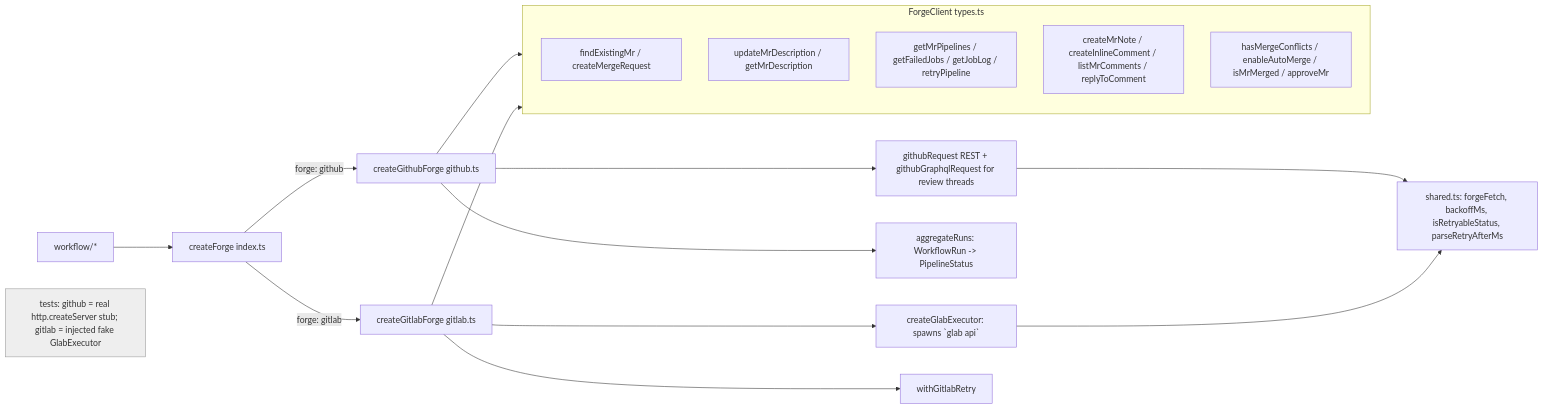
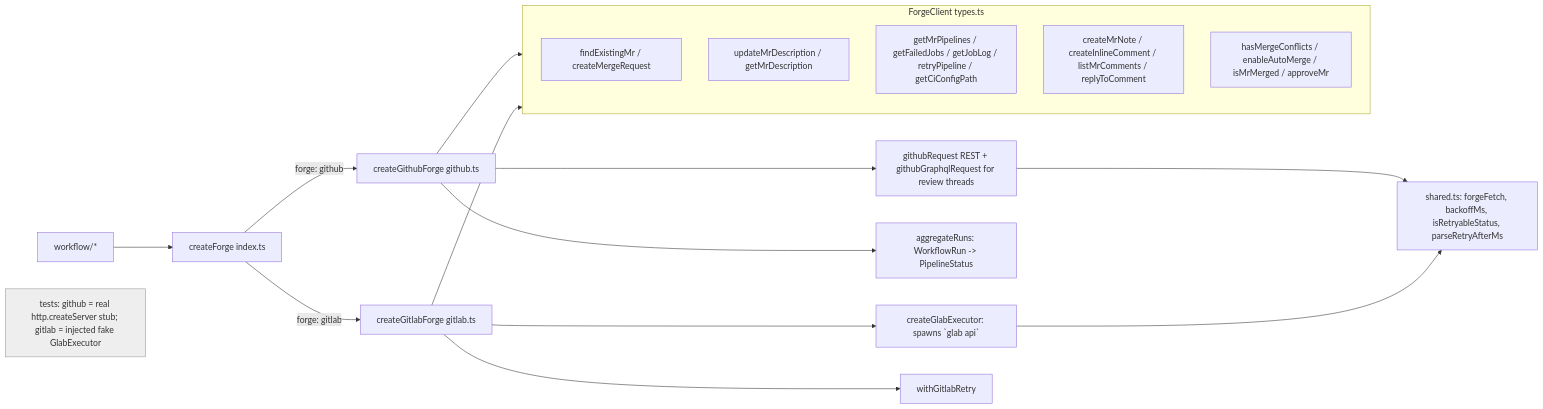
Before and after one commit to MohanTn/pipeline_worker: the diagram in .ai-memory/diagrams/forge/integration.mmd, drawn with Mermaid. The commit also changed 1 other file, not shown here.

```diff
--- a/.ai-memory/diagrams/forge/integration.mmd
+++ b/.ai-memory/diagrams/forge/integration.mmd
@@ -1,26 +1,26 @@
 %% src/forge/ — one ForgeClient interface, two backends. See src/forge/CLAUDE.md.
 flowchart LR
   caller[workflow/*] --> idx[createForge  index.ts]
   idx -->|forge: github| gh[createGithubForge  github.ts]
   idx -->|forge: gitlab| gl[createGitlabForge  gitlab.ts]
 
   subgraph iface [ForgeClient  types.ts]
     m1[findExistingMr / createMergeRequest]
     m2[updateMrDescription / getMrDescription]
-    m3[getMrPipelines / getFailedJobs / getJobLog / retryPipeline]
+    m3[getMrPipelines / getFailedJobs / getJobLog / retryPipeline / getCiConfigPath]
     m4[createMrNote / createInlineComment / listMrComments / replyToComment]
     m5[hasMergeConflicts / enableAutoMerge / isMrMerged / approveMr]
   end
 
   gh --> iface
   gl --> iface
 
   gh --> rest[githubRequest REST + githubGraphqlRequest for review threads]
   gh --> runs[aggregateRuns: WorkflowRun -> PipelineStatus]
   gl --> glab[createGlabExecutor: spawns `glab api`]
   gl --> retry[withGitlabRetry]
   rest --> shared[shared.ts: forgeFetch, backoffMs, isRetryableStatus, parseRetryAfterMs]
   glab --> shared
 
   note1["tests: github = real http.createServer stub; gitlab = injected fake GlabExecutor"]:::n
   classDef n fill:#eee,stroke:#999,color:#333
```
